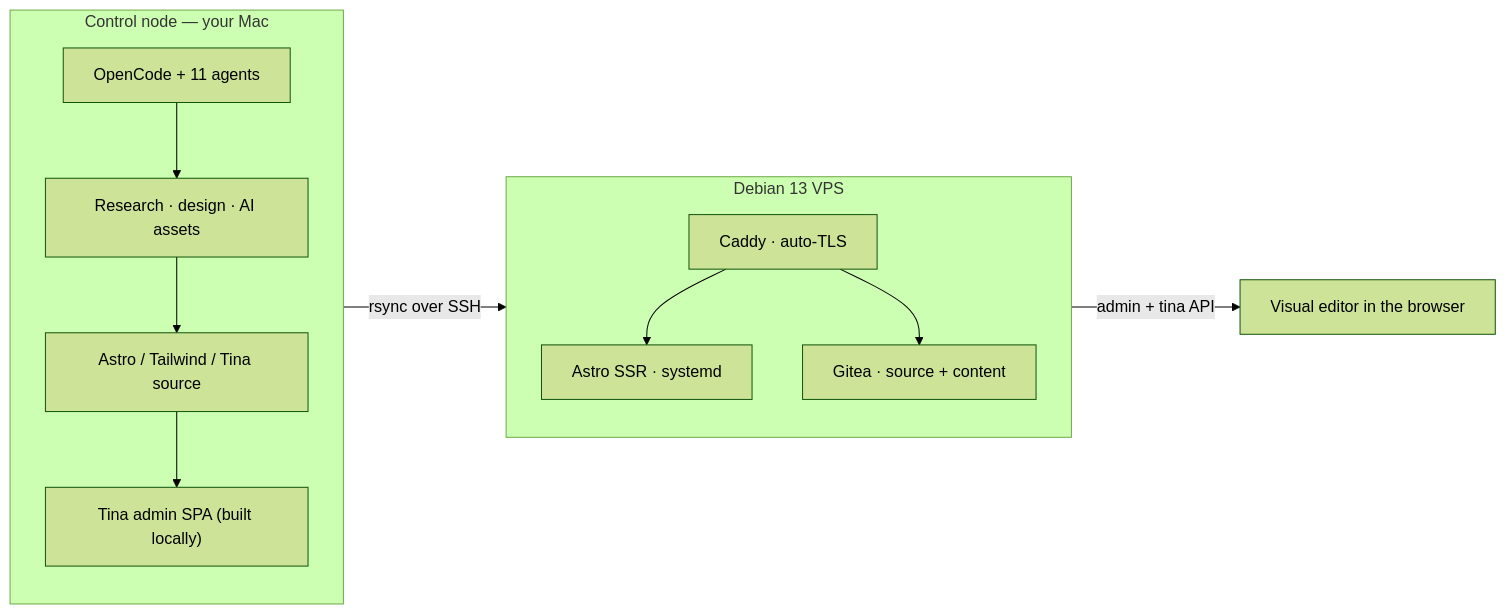
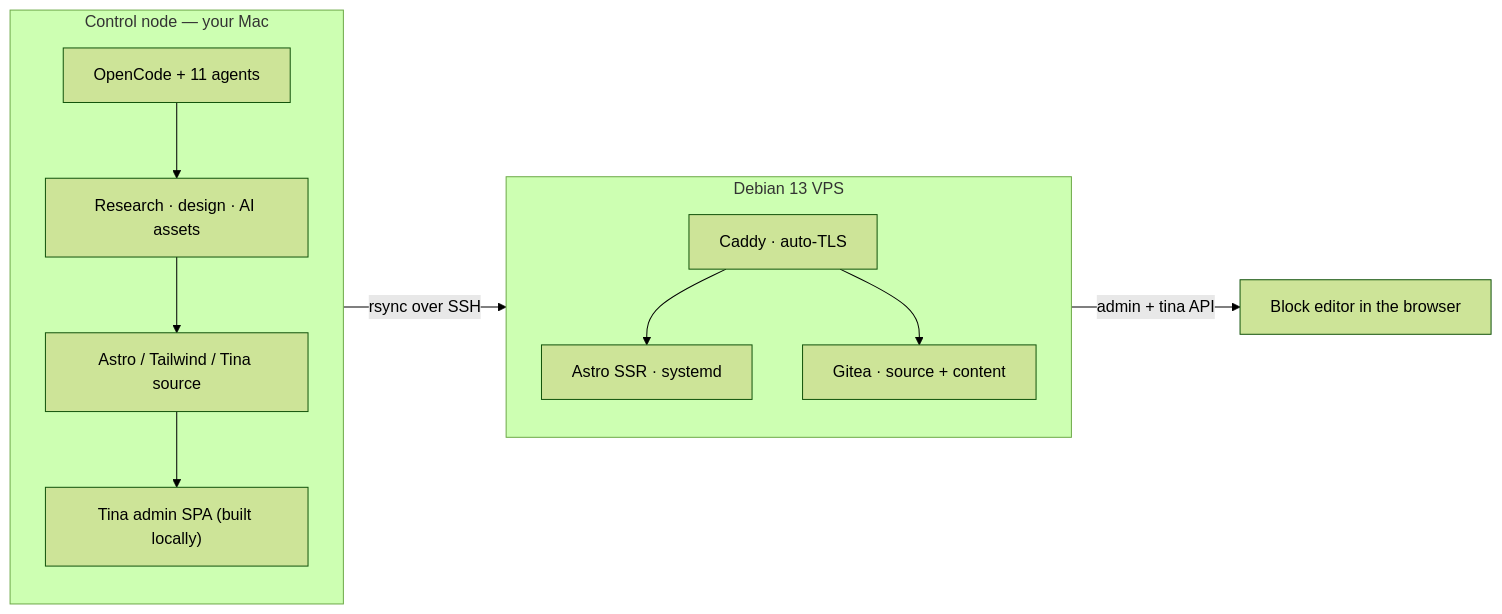
The first of 3 diagrams in README.md (lostsock1/astro-static), drawn with Mermaid (forest theme) before and after one commit. The commit also changed other lines of this file and 27 other files, not shown here.

````diff
--- a/README.md
+++ b/README.md
@@ -53,21 +53,21 @@
 ```mermaid
 flowchart LR
     subgraph CN["Control node — your Mac"]
         direction TB
         OC["OpenCode + 11 agents"]
         GEN["Research · design · AI assets"]
         SRC["Astro / Tailwind / Tina source"]
         ADM["Tina admin SPA (built locally)"]
         OC --> GEN --> SRC --> ADM
     end
     subgraph VPS["Debian 13 VPS"]
         direction TB
         CADDY["Caddy · auto-TLS"]
         SSR["Astro SSR · systemd"]
         GITEA["Gitea · source + content"]
     end
     ADM -->|rsync over SSH| SSR
     CADDY --> SSR
     CADDY --> GITEA
-    SSR -->|admin + tina API| ED["Visual editor in the browser"]
+    SSR -->|admin + tina API| ED["Block editor in the browser"]
 ```
````
